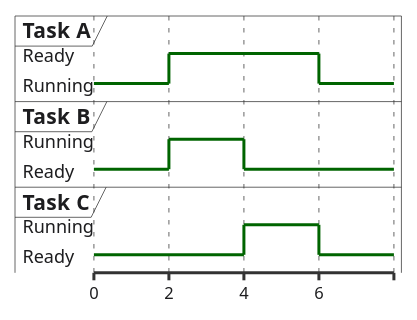
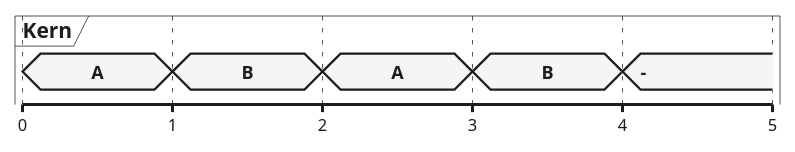
One commit to dantschi/echtzeitsysteme changed the fourth of 10 diagrams in vorlesungen/02_scheduling-theorie.qmd. Above: the diagram before and after it, drawn with PlantUML. The commit also changed other lines of this file and 6 other files, not shown here.

````diff
--- a/vorlesungen/02_scheduling-theorie.qmd
+++ b/vorlesungen/02_scheduling-theorie.qmd
@@ -565,30 +422,51 @@
 ```{.plantuml}
 @startuml
 skinparam backgroundColor transparent
 skinparam defaultFontName "Inter, sans-serif"
 skinparam defaultFontColor #1D1D1F
 skinparam ArrowColor #86868B
+skinparam NoteBackgroundColor #F5F5F7
+skinparam NoteBorderColor #E5E5EA
 skinparam timing {
-  BackgroundColor #FFFFFF
-  BorderColor #E5E5EA
+ BackgroundColor #FFFFFF
+ BorderColor #E5E5EA
+ LineColor #1D1D1F
+ SignalColor #E2001A
+}
+<style>
+timingDiagram {
+ FontName sans-serif
+ FontColor #1D1D1F
+ LineColor #1D1D1F
+ arrow {
+  LineColor #86868B
+  FontColor #1D1D1F
+ }
+ concise {
+  FontName sans-serif
+  FontColor #1D1D1F
   LineColor #1D1D1F
-  SignalColor #E2001A
+  BackGroundColor #F5F5F7
+ }
+ robust {
+  FontName sans-serif
+  FontColor #1D1D1F
+  LineColor #1D1D1F
+  BackGroundColor #FFFFFF
+ }
 }
-robust "Task A" as TA
-robust "Task B" as TB
-robust "Task C" as TC
+</style>
+scale 1 as 100 pixels
+concise "Kern" as C
 @0
-TA is Running
-TB is Ready
-TC is Ready
+C is "A"
+@1
+C is "B"
 @2
-TA is Ready
-TB is Running
+C is "A"
+@3
+C is "B"
 @4
-TB is Ready
-TC is Running
-@6
-TC is Ready
-TA is Running
+C is "–"
 @enduml
 ```
````
